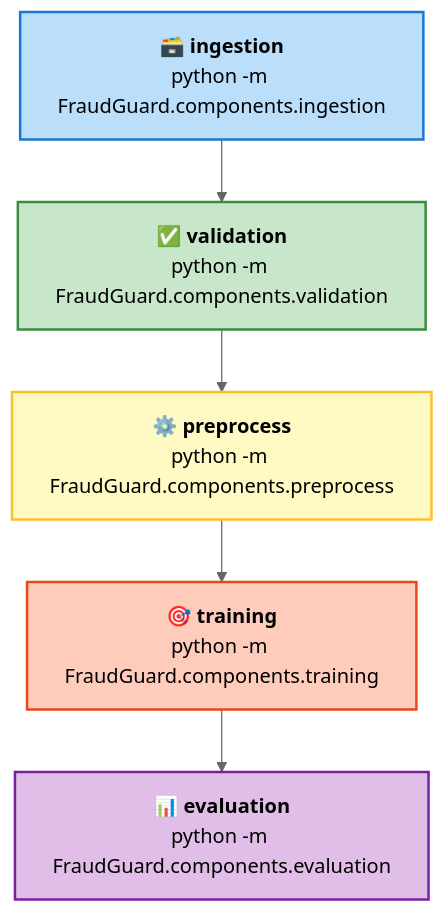
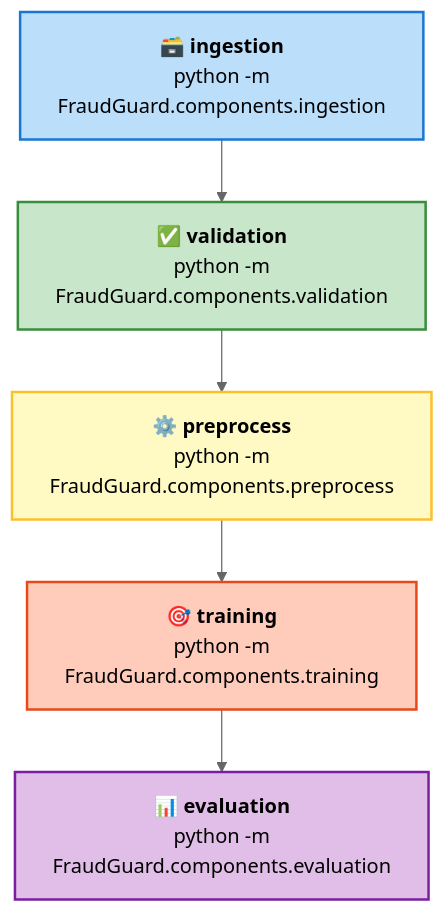
The second of 2 diagrams in README.md (JavithNaseem-J/FraudGuard), drawn with Mermaid (neutral theme) before and after one commit. The commit also changed other lines of this file, not shown here.

````diff
--- a/README.md
+++ b/README.md
@@ -64,16 +64,16 @@
 ```mermaid
 flowchart TB
-    A["🗃️ <b>ingestion</b>\npython -m FraudGuard.components.ingestion"]
-    B["✅ <b>validation</b>\npython -m FraudGuard.components.validation"]
-    C["⚙️ <b>preprocess</b>\npython -m FraudGuard.components.preprocess"]
-    D["🎯 <b>training</b>\npython -m FraudGuard.components.training"]
-    E["📊 <b>evaluation</b>\npython -m FraudGuard.components.evaluation"]
+    A["🗃️ <b>ingestion</b>\n python -m FraudGuard.components.ingestion"]
+    B["✅ <b>validation</b>\n python -m FraudGuard.components.validation"]
+    C["⚙️ <b>preprocess</b>\n python -m FraudGuard.components.preprocess"]
+    D["🎯 <b>training</b>\n python -m FraudGuard.components.training"]
+    E["📊 <b>evaluation</b>\n python -m FraudGuard.components.evaluation"]
     
     A --> B --> C --> D --> E
     
     style A fill:#bbdefb,stroke:#1976d2,stroke-width:2px
     style B fill:#c8e6c9,stroke:#388e3c,stroke-width:2px
     style C fill:#fff9c4,stroke:#fbc02d,stroke-width:2px
     style D fill:#ffccbc,stroke:#e64a19,stroke-width:2px
     style E fill:#e1bee7,stroke:#7b1fa2,stroke-width:2px
 ```
````
